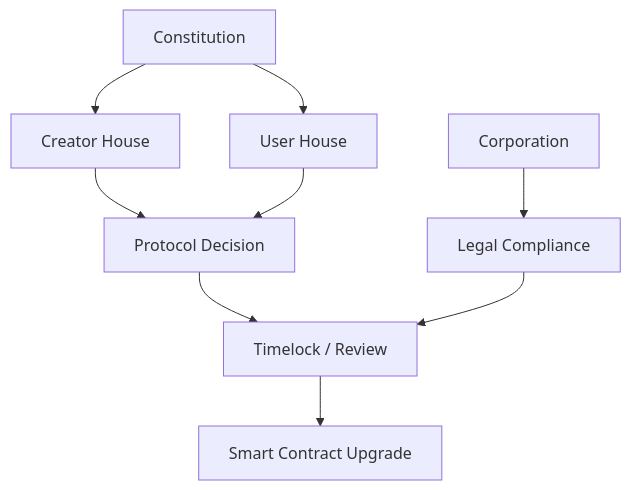
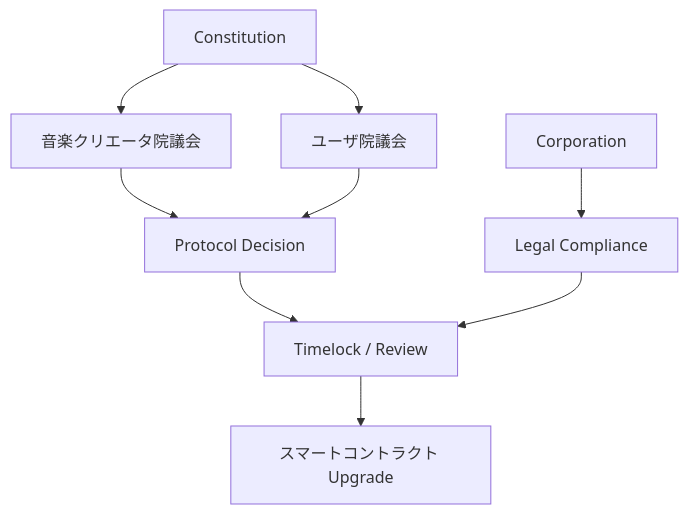
Diagram 17 of 27 in docs/whitepaper/04-platform-architecture.md (ShigeichiroYamasaki/creator-first-platform), drawn with Mermaid before and after one commit. The commit also changed other lines of this file and 67 other files, not shown here.

````diff
--- a/docs/whitepaper/04-platform-architecture.md
+++ b/docs/whitepaper/04-platform-architecture.md
@@ -572,16 +572,16 @@
 ```mermaid
 flowchart TD
     CONST[Constitution]
 
-    CONST --> CH[Creator House]
-    CONST --> UH[User House]
+    CONST --> CH[音楽クリエータ院議会]
+    CONST --> UH[ユーザ院議会]
 
     CH --> DEC[Protocol Decision]
     UH --> DEC
 
     DEC --> TIME[Timelock / Review]
-    TIME --> CODE[Smart Contract Upgrade]
+    TIME --> CODE[スマートコントラクト Upgrade]
 
     CORP[Corporation] --> LEGAL[Legal Compliance]
     LEGAL --> TIME
 ```
````
